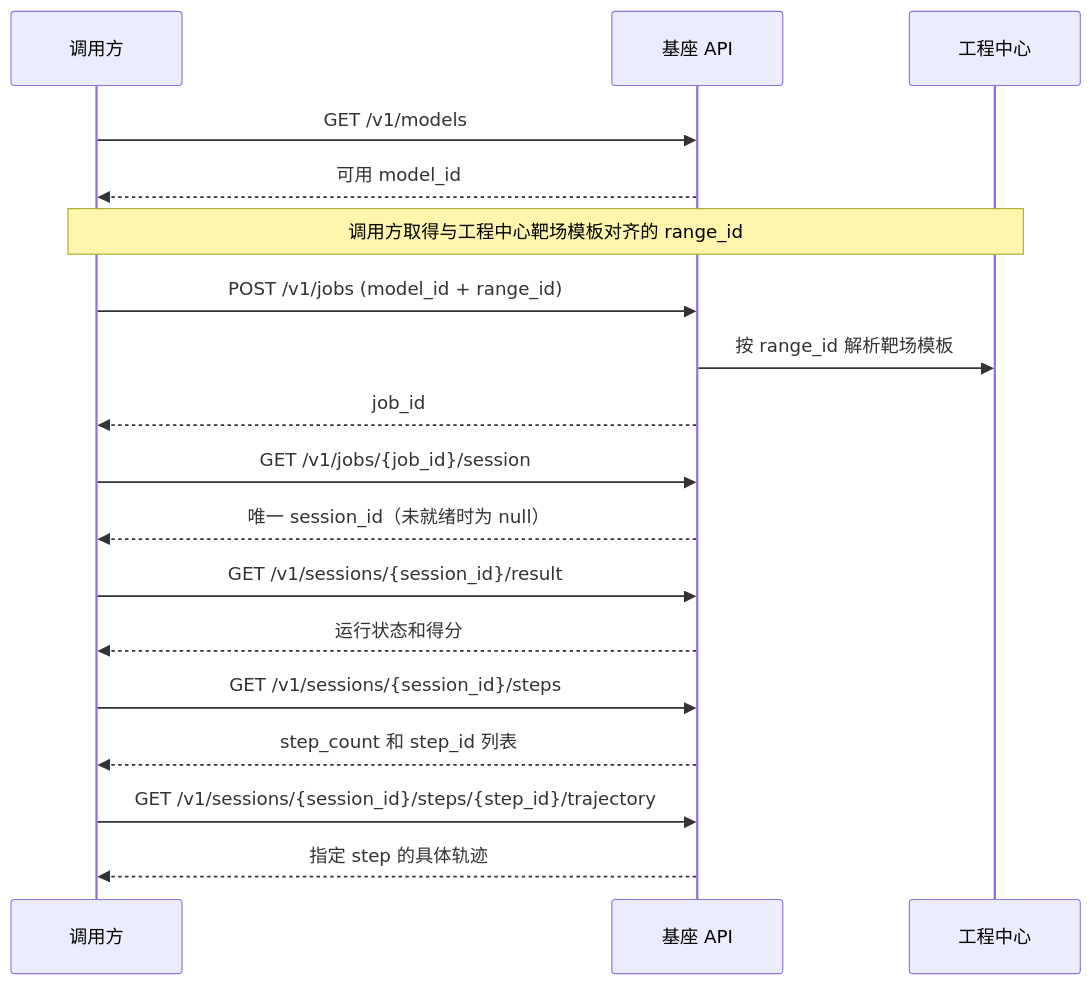
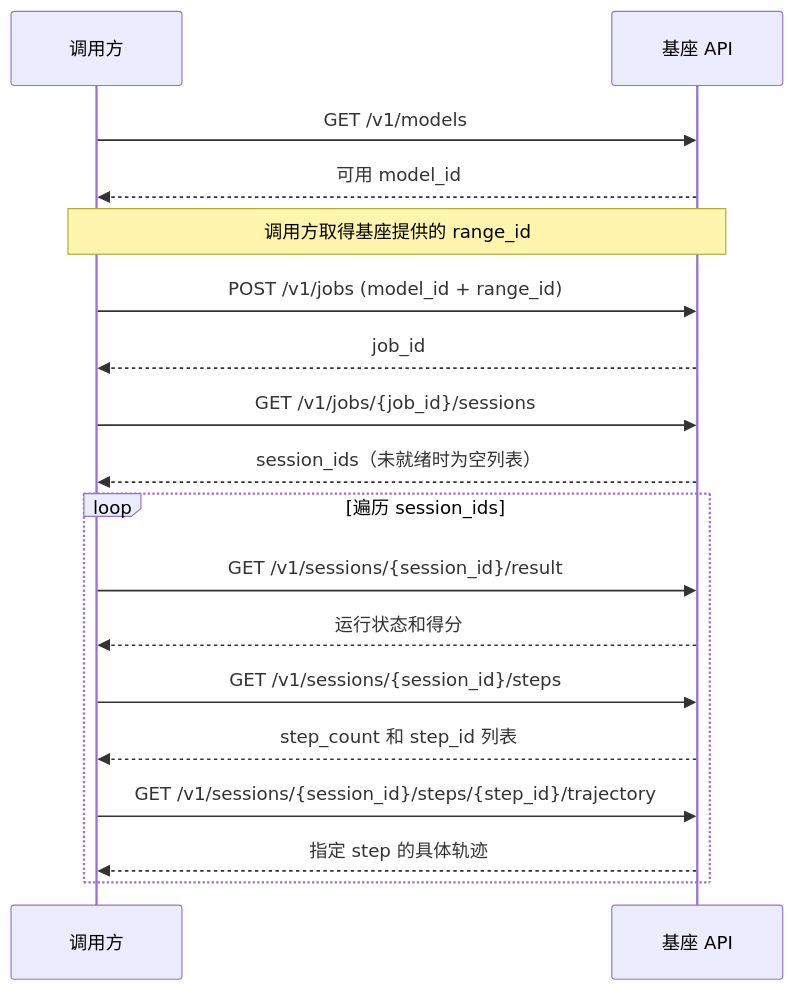
Before and after one commit to BinHuangPJLAB/SafactoryServer: the diagram in docs/API_DESIGN.md, drawn with Mermaid. The commit also changed other lines of this file, not shown here.

````diff
--- a/docs/API_DESIGN.md
+++ b/docs/API_DESIGN.md
@@ -35,21 +35,21 @@
 ```mermaid
 sequenceDiagram
     participant Client as 调用方
     participant Base as 基座 API
-    participant Center as 工程中心
 
     Client->>Base: GET /v1/models
     Base-->>Client: 可用 model_id
-    Note over Client,Center: 调用方取得与工程中心靶场模板对齐的 range_id
+    Note over Client,Base: 调用方取得基座提供的 range_id
     Client->>Base: POST /v1/jobs (model_id + range_id)
-    Base->>Center: 按 range_id 解析靶场模板
     Base-->>Client: job_id
-    Client->>Base: GET /v1/jobs/{job_id}/session
-    Base-->>Client: 唯一 session_id（未就绪时为 null）
-    Client->>Base: GET /v1/sessions/{session_id}/result
-    Base-->>Client: 运行状态和得分
-    Client->>Base: GET /v1/sessions/{session_id}/steps
-    Base-->>Client: step_count 和 step_id 列表
-    Client->>Base: GET /v1/sessions/{session_id}/steps/{step_id}/trajectory
-    Base-->>Client: 指定 step 的具体轨迹
+    Client->>Base: GET /v1/jobs/{job_id}/sessions
+    Base-->>Client: session_ids（未就绪时为空列表）
+    loop 遍历 session_ids
+        Client->>Base: GET /v1/sessions/{session_id}/result
+        Base-->>Client: 运行状态和得分
+        Client->>Base: GET /v1/sessions/{session_id}/steps
+        Base-->>Client: step_count 和 step_id 列表
+        Client->>Base: GET /v1/sessions/{session_id}/steps/{step_id}/trajectory
+        Base-->>Client: 指定 step 的具体轨迹
+    end
 ```
````
